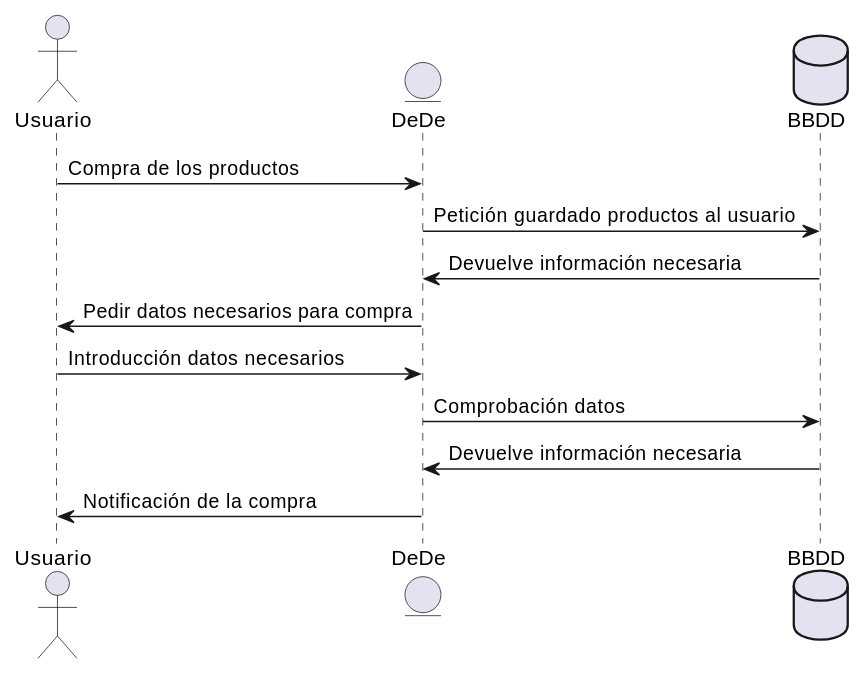
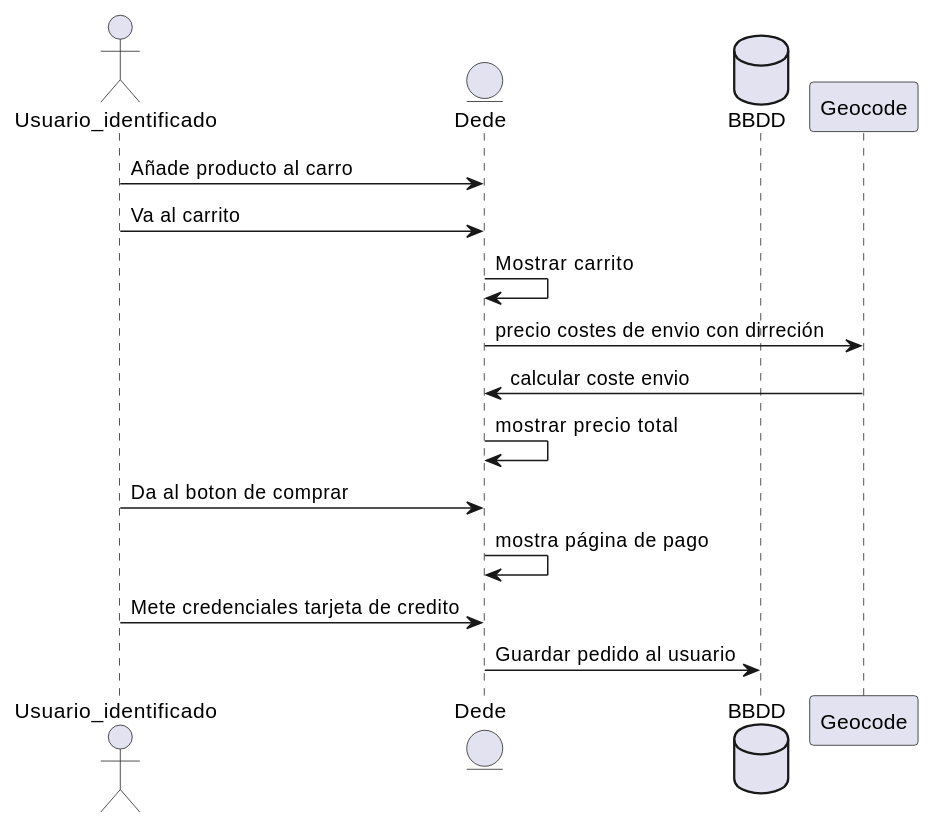
Before and after one commit to Arquisoft/dede_es1c: the fourth of 4 diagrams in docs/06_runtime_view.adoc, drawn with PlantUML. The commit also changed other lines of this file and 5 other files, not shown here.

Commit message:
Diagrama de secuencia

```diff
--- a/docs/06_runtime_view.adoc
+++ b/docs/06_runtime_view.adoc
@@ -58,16 +59,18 @@
 [plantuml,"Compra_diagrama",png]
 ----
 @startuml
-actor Usuario
-entity DeDe
+actor Usuario_identificado
+entity Dede
 database BBDD
-Usuario-> DeDe:Compra de los productos
-DeDe-> BBDD: Petición guardado productos al usuario
-BBDD-> DeDe: Devuelve información necesaria
-DeDe-> Usuario: Pedir datos necesarios para compra
-Usuario-> DeDe:Introducción datos necesarios
-DeDe-> BBDD: Comprobación datos
-BBDD-> DeDe:  Devuelve información necesaria
-DeDe-> Usuario: Notificación de la compra
+Usuario_identificado-> Dede: Añade producto al carro
+Usuario_identificado-> Dede: Va al carrito
+Dede->Dede:Mostrar carrito
+Dede->Geocode:precio costes de envio con dirreción
+Geocode->Dede:calcular coste envio
+Dede->Dede:mostrar precio total
+Usuario_identificado-> Dede: Da al boton de comprar
+Dede->Dede:mostra página de pago
+Usuario_identificado-> Dede: Mete credenciales tarjeta de credito
+Dede->BBDD:Guardar pedido al usuario
 @endtuml
 ----
```
